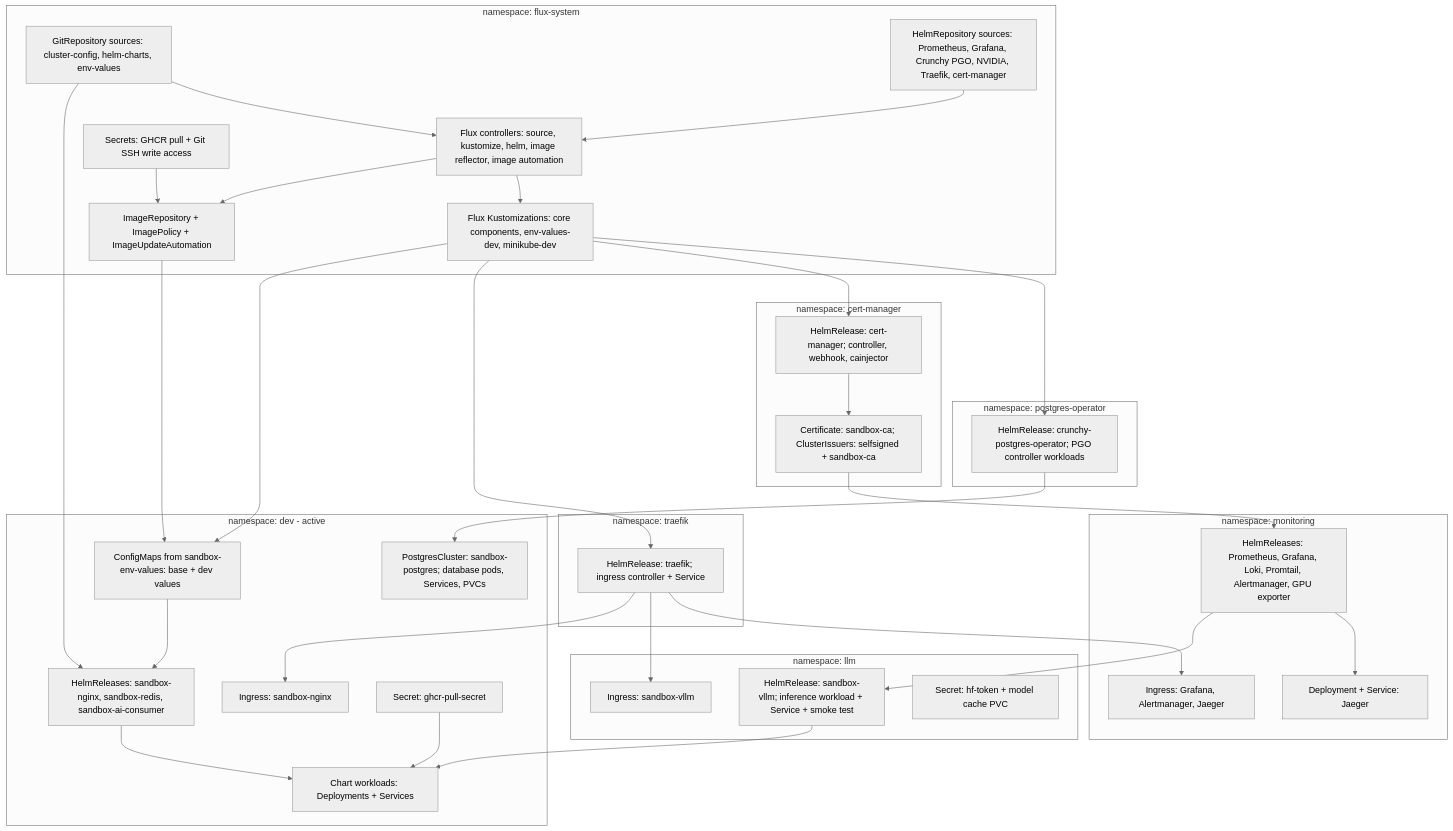
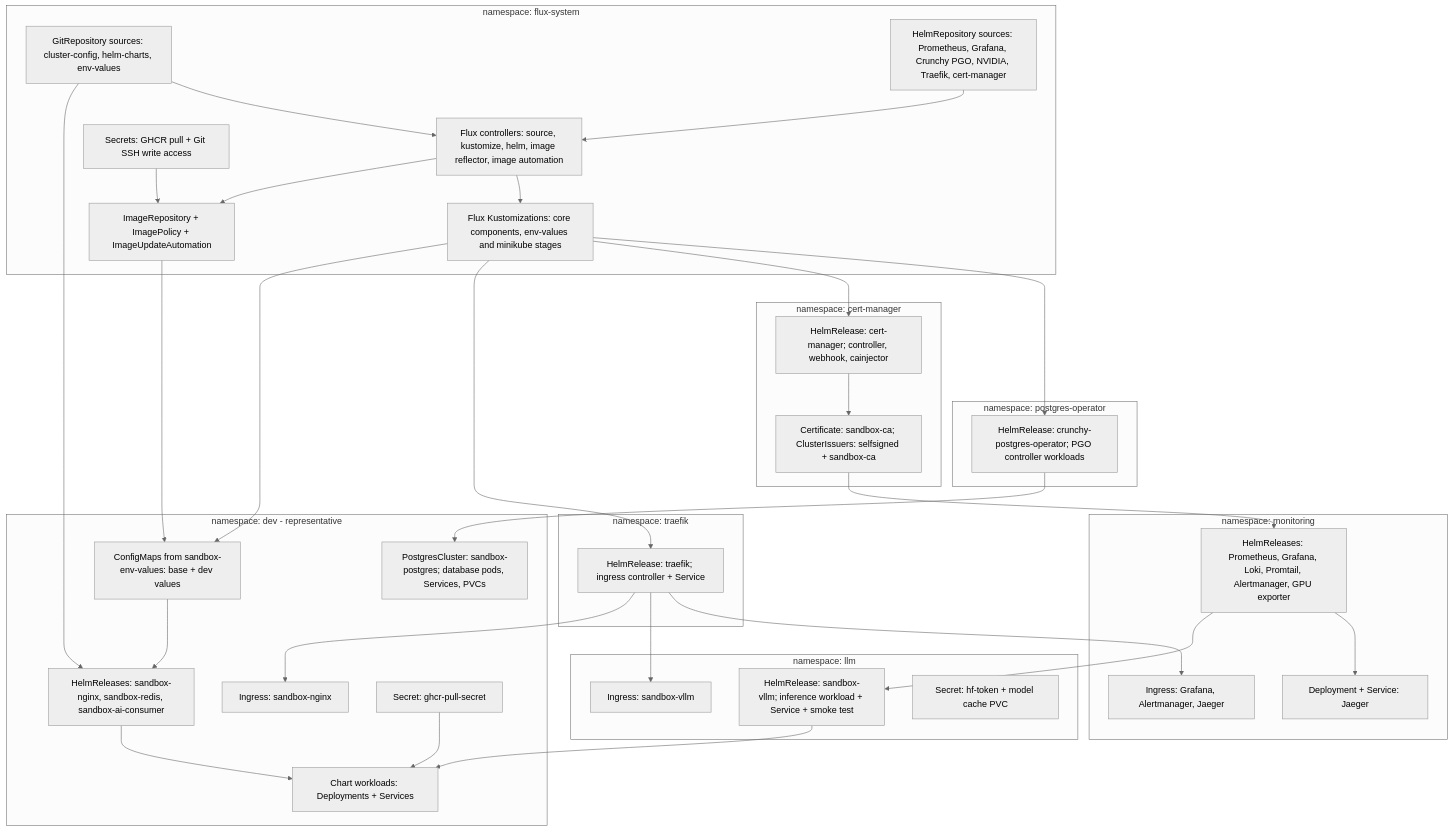
One commit to RobertKustra/sandbox-documentation changed the first of 2 diagrams in README.md. Above: the diagram before and after it, drawn with Mermaid (neutral theme). The commit also changed other lines of this file, not shown here.

Commit message:
Clarify environment stage descriptions in README and update Minikube entrypoint details

````diff
--- a/README.md
+++ b/README.md
@@ -61,69 +61,69 @@
 ```mermaid
 flowchart TB
   subgraph FluxNS[namespace: flux-system]
     Controllers["Flux controllers: source, kustomize, helm, image reflector, image automation"]
     GitSources["GitRepository sources: cluster-config, helm-charts, env-values"]
     HelmSources["HelmRepository sources: Prometheus, Grafana, Crunchy PGO, NVIDIA, Traefik, cert-manager"]
-    FluxStages["Flux Kustomizations: core components, env-values-dev, minikube-dev"]
+    FluxStages["Flux Kustomizations: core components, env-values and minikube stages"]
     ImageResources["ImageRepository + ImagePolicy + ImageUpdateAutomation"]
     FluxSecrets["Secrets: GHCR pull + Git SSH write access"]
   end
 
   subgraph PostgresNS[namespace: postgres-operator]
     PGO["HelmRelease: crunchy-postgres-operator; PGO controller workloads"]
   end
 
   subgraph CertNS[namespace: cert-manager]
     CertManager["HelmRelease: cert-manager; controller, webhook, cainjector"]
     PKI["Certificate: sandbox-ca; ClusterIssuers: selfsigned + sandbox-ca"]
   end
 
   subgraph TraefikNS[namespace: traefik]
     Traefik["HelmRelease: traefik; ingress controller + Service"]
   end
 
   subgraph MonitoringNS[namespace: monitoring]
     MonitoringCharts["HelmReleases: Prometheus, Grafana, Loki, Promtail, Alertmanager, GPU exporter"]
     Jaeger[Deployment + Service: Jaeger]
     MonitoringIngress["Ingress: Grafana, Alertmanager, Jaeger"]
   end
 
   subgraph LLMNS[namespace: llm]
     VLLM["HelmRelease: sandbox-vllm; inference workload + Service + smoke test"]
     VLLMIngress[Ingress: sandbox-vllm]
     HFSecret["Secret: hf-token + model cache PVC"]
   end
 
-  subgraph DevNS[namespace: dev - active]
+  subgraph DevNS[namespace: dev - representative]
     EnvConfig["ConfigMaps from sandbox-env-values: base + dev values"]
     AppReleases["HelmReleases: sandbox-nginx, sandbox-redis, sandbox-ai-consumer"]
     AppWorkloads["Chart workloads: Deployments + Services"]
     NginxIngress[Ingress: sandbox-nginx]
     Database["PostgresCluster: sandbox-postgres; database pods, Services, PVCs"]
     PullSecret[Secret: ghcr-pull-secret]
   end
 
   GitSources --> Controllers
   HelmSources --> Controllers
   Controllers --> FluxStages
   Controllers --> ImageResources
   FluxStages --> PGO
   FluxStages --> CertManager
   CertManager --> PKI
   FluxStages --> Traefik
   PKI --> MonitoringCharts
   Traefik --> MonitoringIngress
   MonitoringCharts --> Jaeger
   MonitoringCharts --> VLLM
   PGO --> Database
   FluxStages --> EnvConfig
   EnvConfig --> AppReleases
   GitSources --> AppReleases
   AppReleases --> AppWorkloads
   VLLM --> AppWorkloads
   Traefik --> VLLMIngress
   Traefik --> NginxIngress
   ImageResources --> EnvConfig
   FluxSecrets --> ImageResources
   PullSecret --> AppWorkloads
 ```
````
